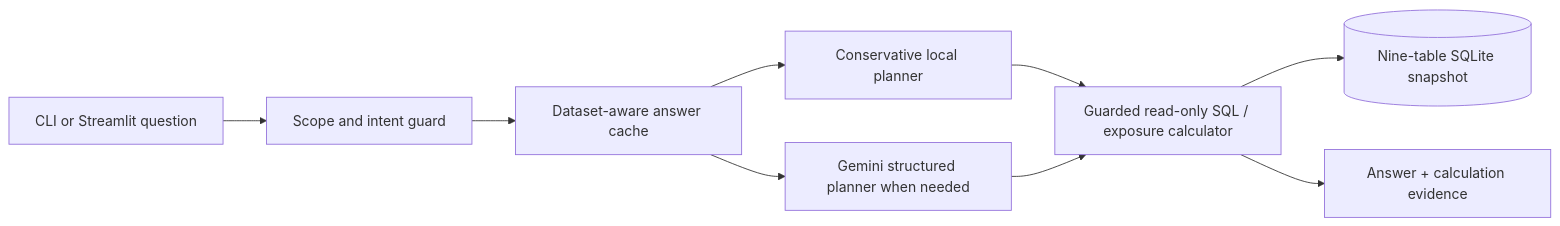
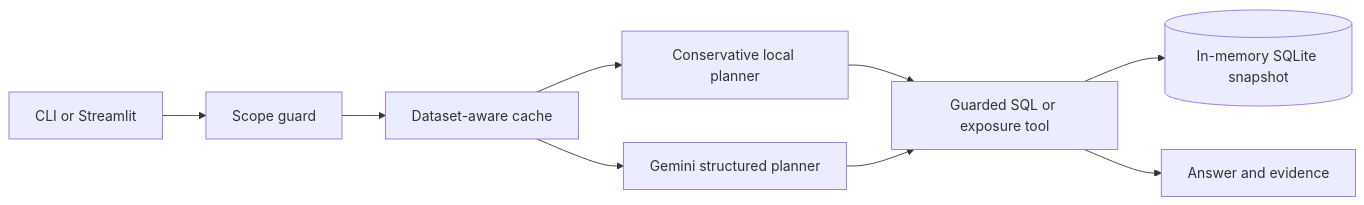
One commit to jeelsoni01/folioanchor changed the diagram in README.md. Above: the diagram before and after it, drawn with Mermaid. The commit also changed other lines of this file and 48 other files, not shown here.

````diff
--- a/README.md
+++ b/README.md
@@ -33,11 +92,11 @@
 ```mermaid
 flowchart LR
-    Q[CLI or Streamlit question] --> G[Scope and intent guard]
-    G --> C[Dataset-aware answer cache]
+    Q[CLI or Streamlit] --> G[Scope guard]
+    G --> C[Dataset-aware cache]
     C --> L[Conservative local planner]
-    C --> M[Gemini structured planner when needed]
-    L --> T[Guarded read-only SQL / exposure calculator]
+    C --> M[Gemini structured planner]
+    L --> T[Guarded SQL or exposure tool]
     M --> T
-    T --> D[(Nine-table SQLite snapshot)]
-    T --> A[Answer + calculation evidence]
+    T --> D[(In-memory SQLite snapshot)]
+    T --> A[Answer and evidence]
 ```
````
